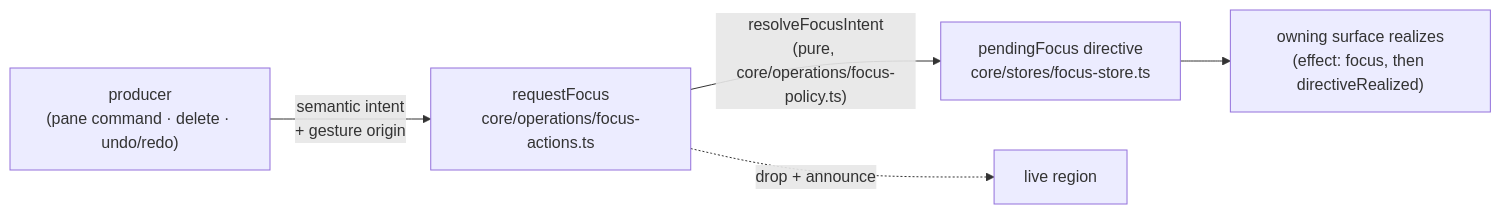
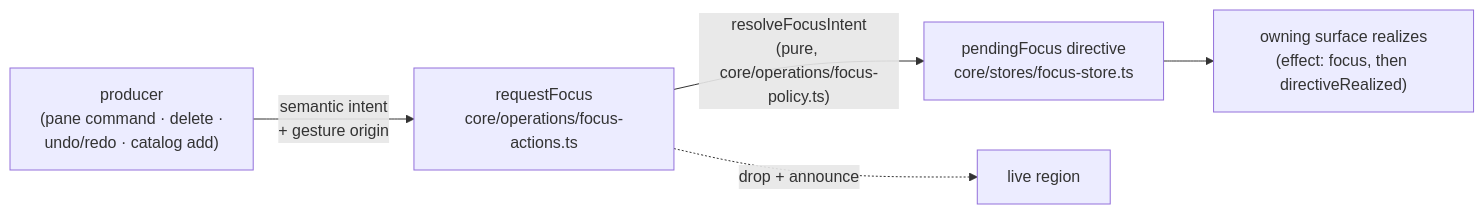
Before and after one commit to christopher-r-anderson/room-layout: the diagram in docs/architecture/focus.md, drawn with Mermaid. The commit also changed other lines of this file and 5 other files, not shown here.

````diff
--- a/docs/architecture/focus.md
+++ b/docs/architecture/focus.md
@@ -11,7 +11,7 @@
 ```mermaid
 flowchart LR
-  P["producer<br/>(pane command · delete · undo/redo)"] -->|"semantic intent<br/>+ gesture origin"| R["requestFocus<br/>core/operations/focus-actions.ts"]
+  P["producer<br/>(pane command · delete ·<br/>undo/redo · catalog add)"] -->|"semantic intent<br/>+ gesture origin"| R["requestFocus<br/>core/operations/focus-actions.ts"]
   R -->|"resolveFocusIntent<br/>(pure, core/operations/focus-policy.ts)"| D["pendingFocus directive<br/>core/stores/focus-store.ts"]
   R -. "drop + announce" .-> LR["live region"]
   D --> S["owning surface realizes<br/>(effect: focus, then directiveRealized)"]
 ```
````
